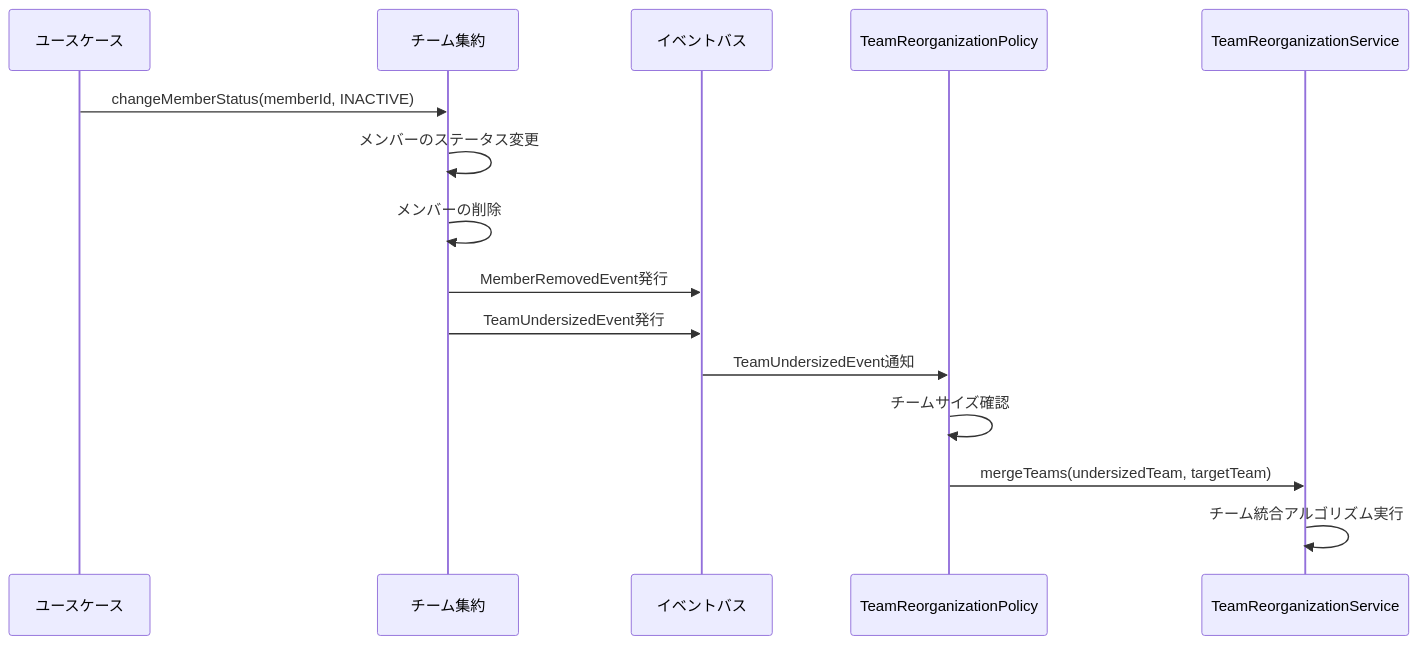
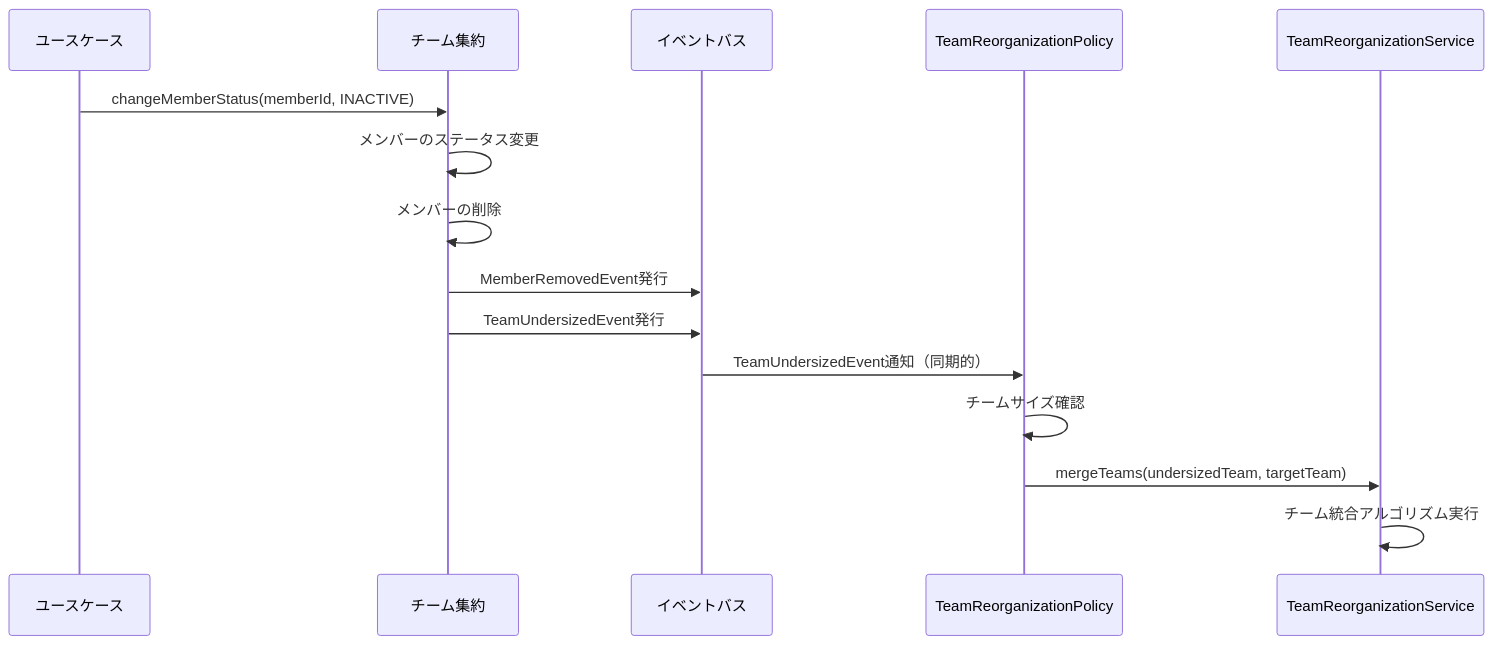
One commit to praha-kmishima/ddd-with-praha-challenge changed the second of 2 diagrams in memory-bank/systemPatterns.md. Above: the diagram before and after it, drawn with Mermaid. The commit also changed other lines of this file and 2 other files, not shown here.

````diff
--- a/memory-bank/systemPatterns.md
+++ b/memory-bank/systemPatterns.md
@@ -137,18 +143,18 @@
 ```mermaid
 sequenceDiagram
     participant UC as ユースケース
     participant T as チーム集約
     participant E as イベントバス
     participant P as TeamReorganizationPolicy
     participant S as TeamReorganizationService
-    
+
     UC->>T: changeMemberStatus(memberId, INACTIVE)
     T->>T: メンバーのステータス変更
     T->>T: メンバーの削除
     T->>E: MemberRemovedEvent発行
     T->>E: TeamUndersizedEvent発行
-    E->>P: TeamUndersizedEvent通知
+    E->>P: TeamUndersizedEvent通知（同期的）
     P->>P: チームサイズ確認
     P->>S: mergeTeams(undersizedTeam, targetTeam)
     S->>S: チーム統合アルゴリズム実行
 ```
````
